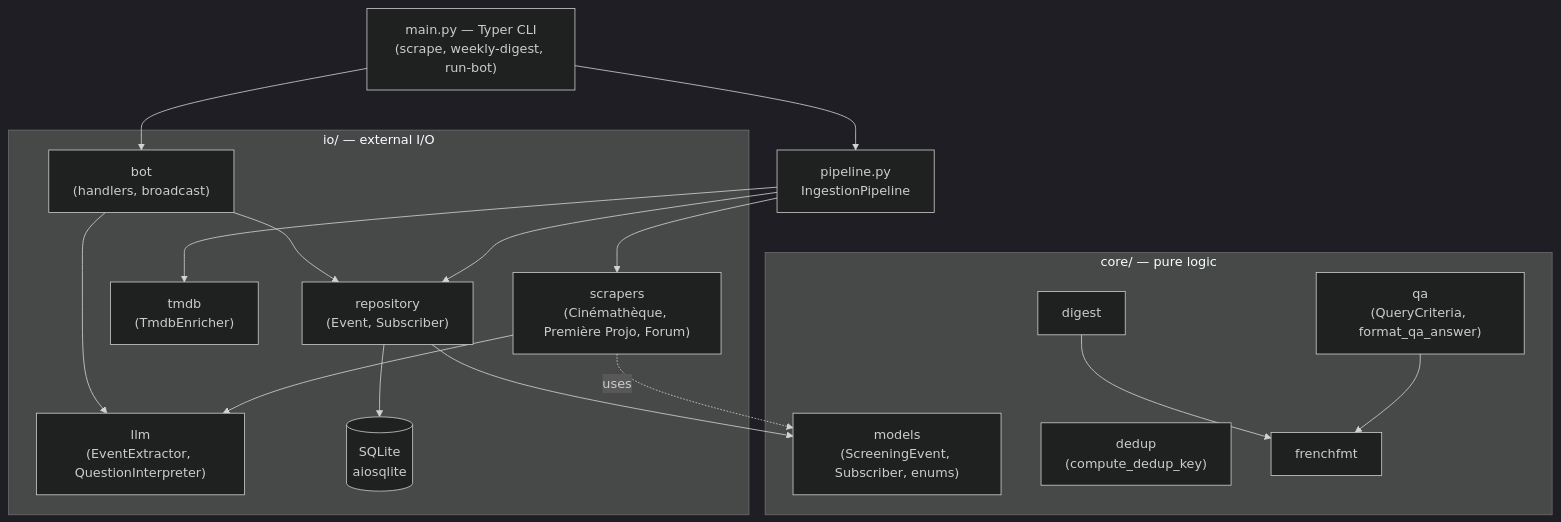
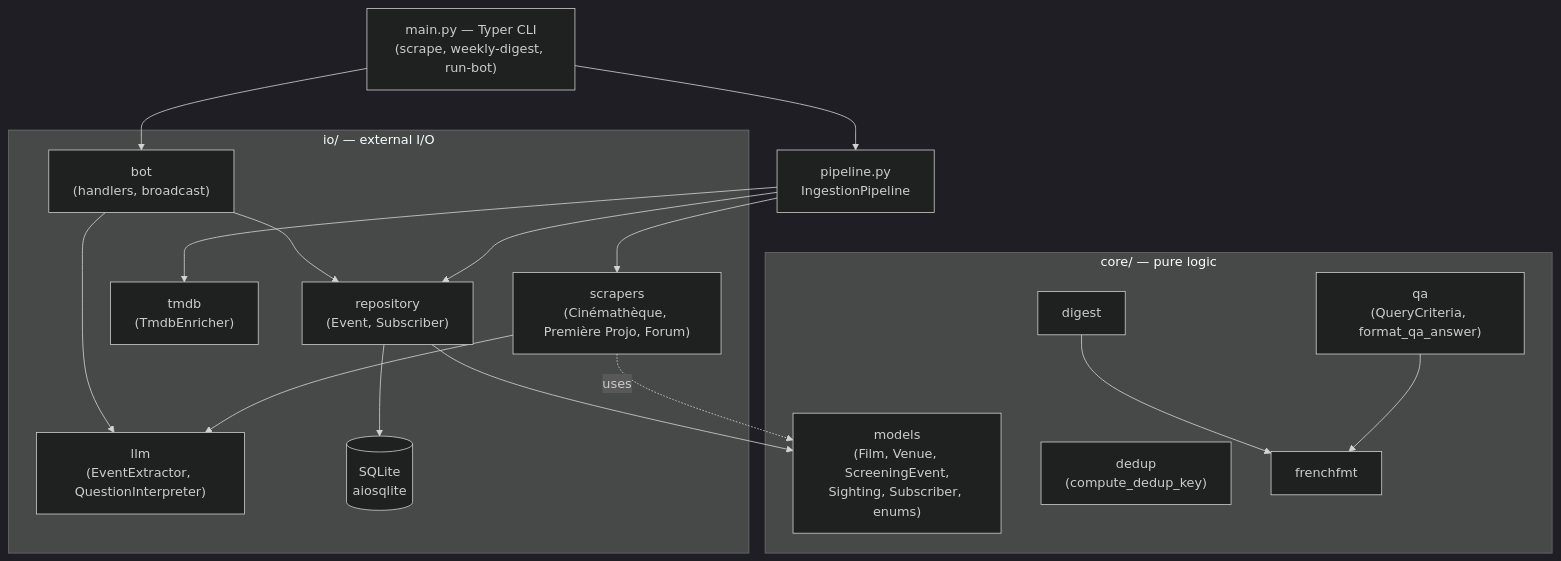
The first of 3 diagrams in docs/architecture.md (Pierrafrom/lanterne), drawn with Mermaid (dark theme) before and after one commit. The commit also changed other lines of this file and 27 other files, not shown here.

First line of the commit message:
refactor(models): normalize schema around Film, Venue, and sightings

````diff
--- a/docs/architecture.md
+++ b/docs/architecture.md
@@ -23,37 +23,37 @@
 ```mermaid
 flowchart TD
     CLI["main.py — Typer CLI<br/>(scrape, weekly-digest, run-bot)"]
 
     subgraph core["core/ — pure logic"]
-        models["models<br/>(ScreeningEvent, Subscriber, enums)"]
+        models["models<br/>(Film, Venue, ScreeningEvent,<br/>Sighting, Subscriber, enums)"]
         dedup["dedup<br/>(compute_dedup_key)"]
         qa["qa<br/>(QueryCriteria, format_qa_answer)"]
         digest["digest"]
         frenchfmt["frenchfmt"]
     end
 
     subgraph io["io/ — external I/O"]
         scrapers["scrapers<br/>(Cinémathèque, Première Projo, Forum)"]
         llm["llm<br/>(EventExtractor, QuestionInterpreter)"]
         tmdb["tmdb<br/>(TmdbEnricher)"]
         repo["repository<br/>(Event, Subscriber)"]
         db[("SQLite<br/>aiosqlite")]
         bot["bot<br/>(handlers, broadcast)"]
     end
 
     pipeline["pipeline.py<br/>IngestionPipeline"]
 
     CLI --> pipeline
     CLI --> bot
     pipeline --> scrapers
     pipeline --> tmdb
     pipeline --> repo
     scrapers --> llm
     repo --> db
     bot --> repo
     bot --> llm
     scrapers -.uses.-> models
     repo --> models
     qa --> frenchfmt
     digest --> frenchfmt
 ```
````
